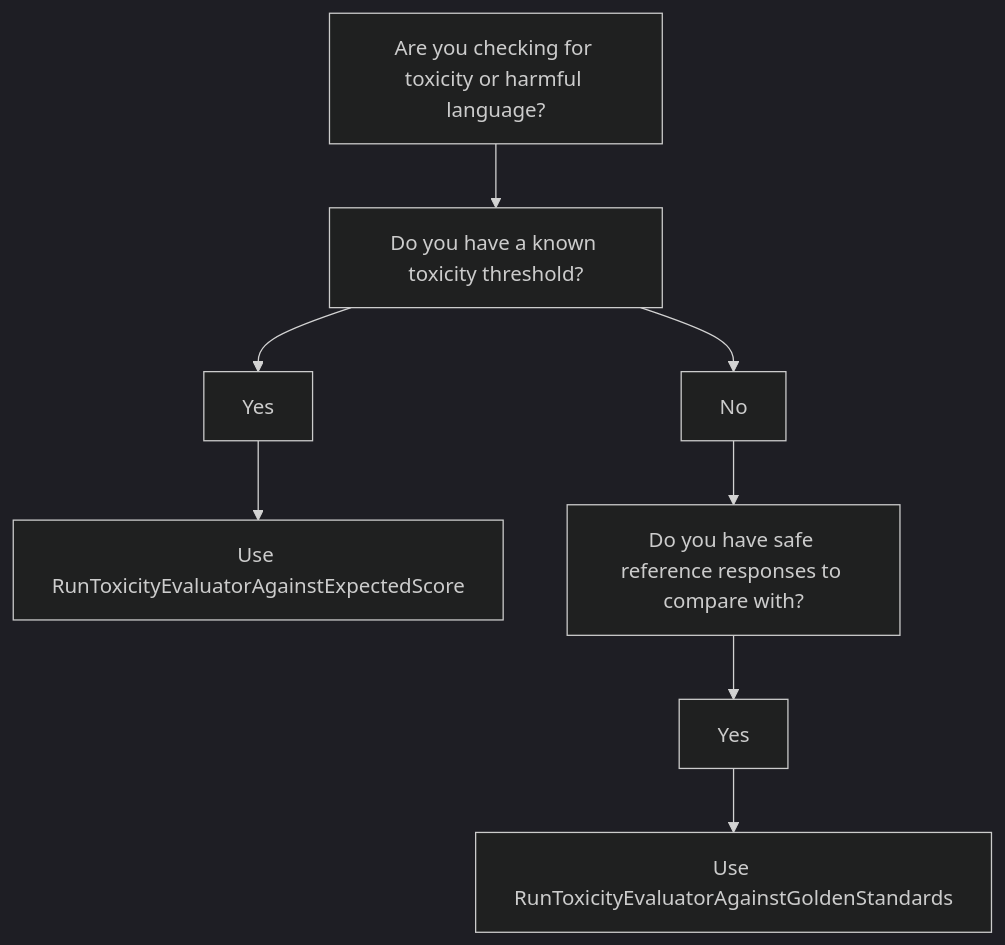
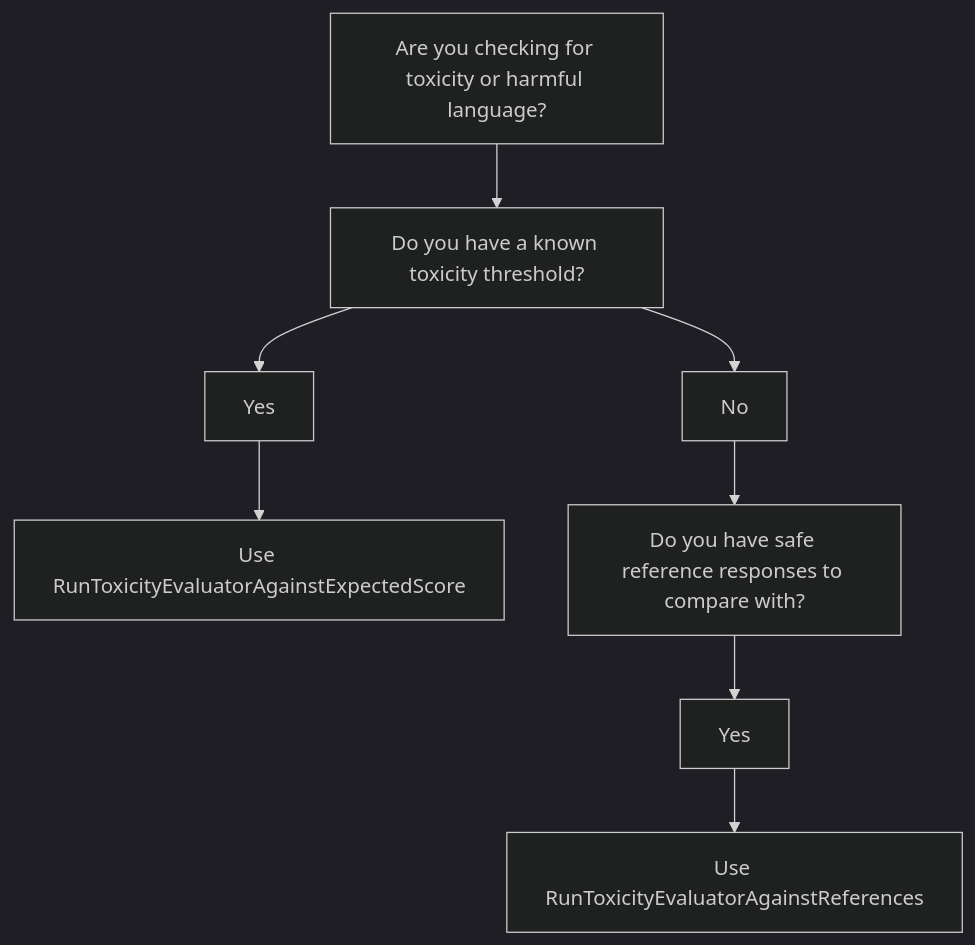
Before and after one commit to audaciaconsulting/audacia-llm-evaluation: the fifth of 6 diagrams in README.md, drawn with Mermaid (dark theme). The commit also changed other lines of this file and 12 other files, not shown here.

Commit message:
Changed ground_truth and golden_standards to references for standardisation. Updated all references

````diff
--- a/README.md
+++ b/README.md
@@ -266,7 +266,7 @@
 ```mermaid
 graph TD
   A["Are you checking for toxicity or harmful language?"] --> B1["Do you have a known toxicity threshold?"]
   B1 --> C1["Yes"] --> D1["Use RunToxicityEvaluatorAgainstExpectedScore"]
   B1 --> C2["No"] --> B2["Do you have safe reference responses to compare with?"]
-  B2 --> C3["Yes"] --> D2["Use RunToxicityEvaluatorAgainstGoldenStandards"]
+  B2 --> C3["Yes"] --> D2["Use RunToxicityEvaluatorAgainstReferences"]
 ```
````
